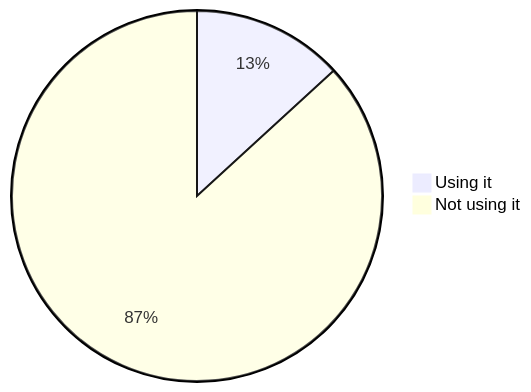
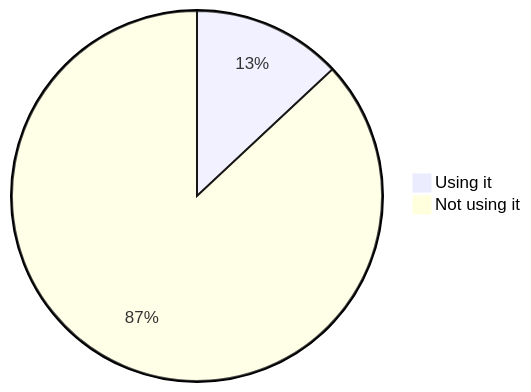
Diagram 13 of 22 in stats.md (oshp/oshp-stats), drawn with Mermaid before and after one commit. The commit also changed other lines of this file, not shown here.

````diff
--- a/stats.md
+++ b/stats.md
@@ -154,6 +154,6 @@
 ```mermaid
 pie
-	"Using it" : 13.19
-	"Not using it" : 86.81
+	"Using it" : 13.03
+	"Not using it" : 86.97
 
 ```
````
